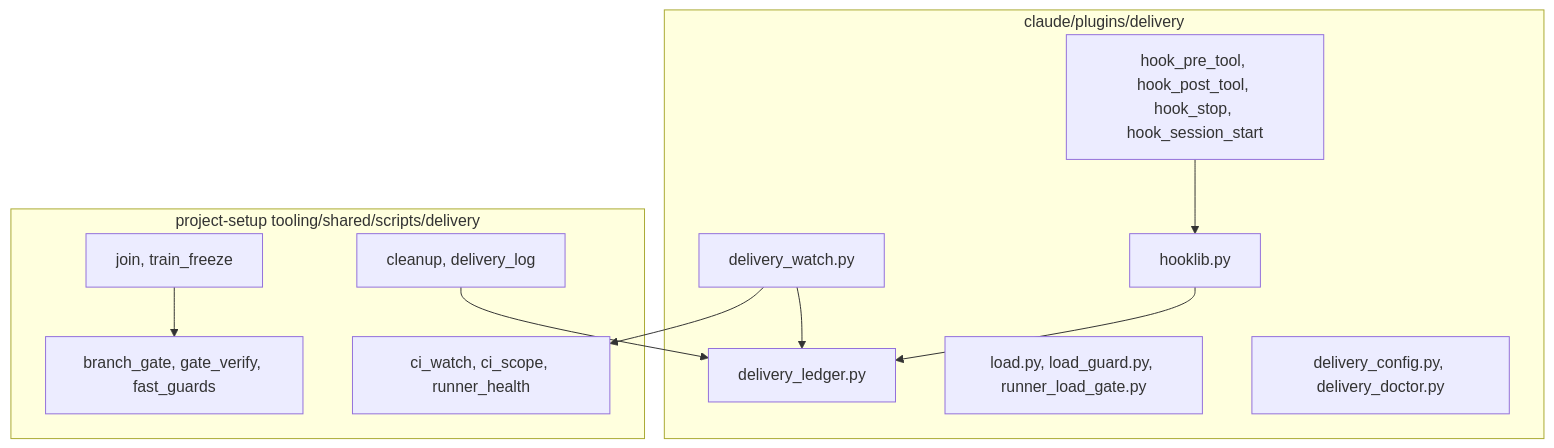
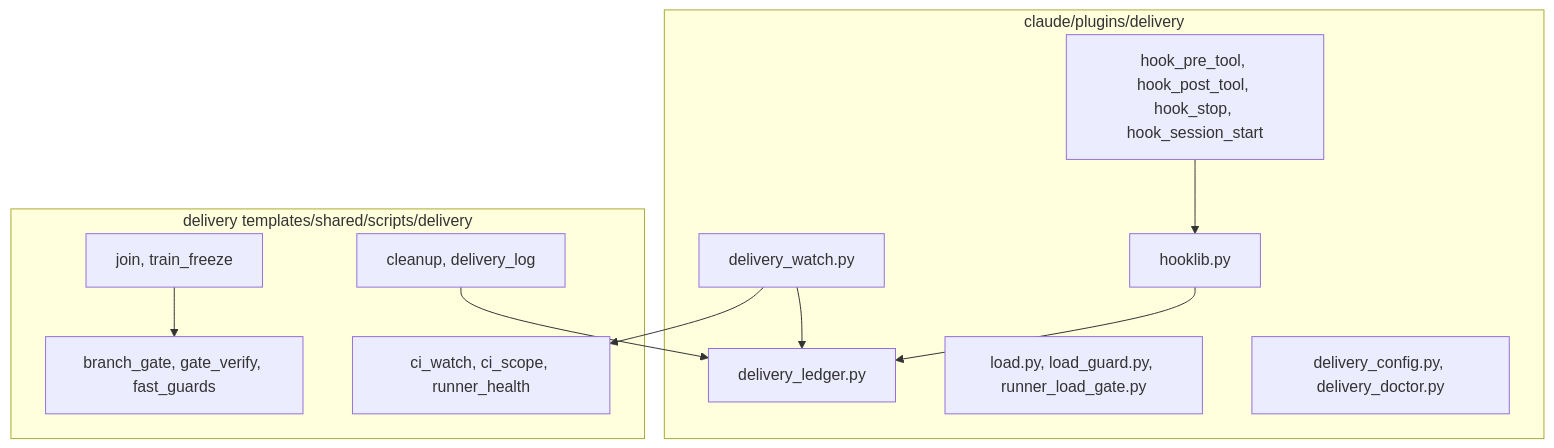
The second of 3 diagrams in docs/features/delivery/spec.md (luis-mc/dev-standards), drawn with Mermaid before and after one commit. The commit also changed other lines of this file and 17 other files, not shown here.

````diff
--- a/docs/features/delivery/spec.md
+++ b/docs/features/delivery/spec.md
@@ -107,22 +109,22 @@
 ```mermaid
 flowchart TB
   subgraph plugin[claude/plugins/delivery]
     hooks[hook_pre_tool, hook_post_tool, hook_stop, hook_session_start]
     lib[hooklib.py]
     led[delivery_ledger.py]
     w[delivery_watch.py]
     lg[load.py, load_guard.py, runner_load_gate.py]
     cfg[delivery_config.py, delivery_doctor.py]
   end
-  subgraph shared[project-setup tooling/shared/scripts/delivery]
+  subgraph shared[delivery templates/shared/scripts/delivery]
     gate[branch_gate, gate_verify, fast_guards]
     j[join, train_freeze]
     c[ci_watch, ci_scope, runner_health]
     cl[cleanup, delivery_log]
   end
   hooks --> lib --> led
   w --> led
   w --> c
   j --> gate
   cl --> led
 ```
````
